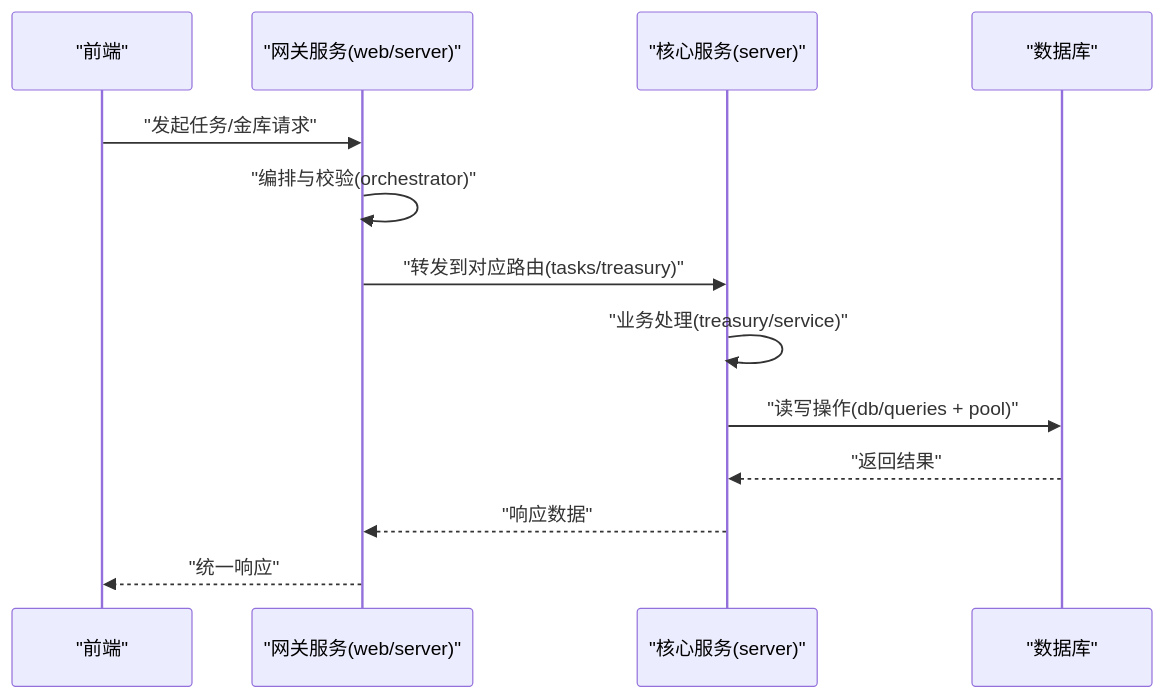
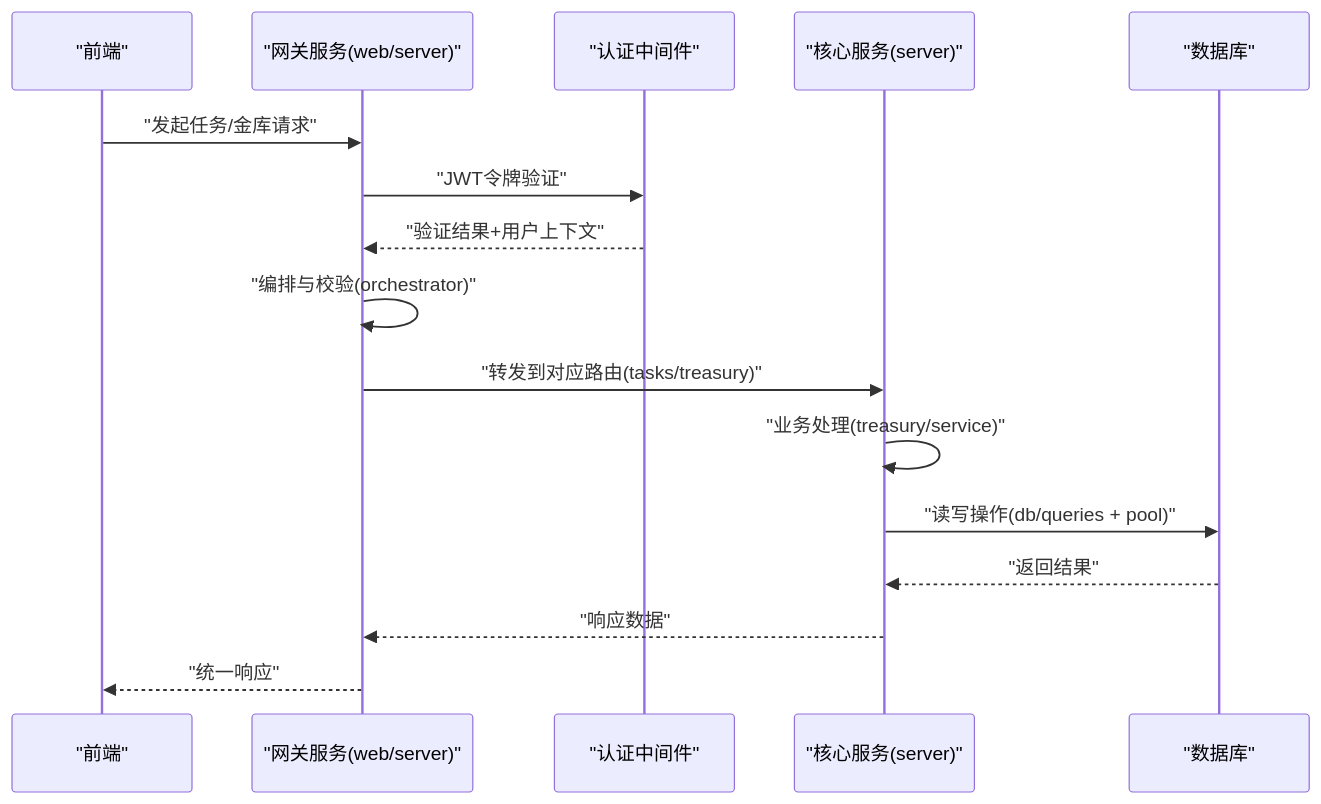
One commit to Maki3991/study-PactLedger changed the second of 10 diagrams in .qoder/repowiki/zh/content/核心组件/双服务器架构.md. Above: the diagram before and after it, drawn with Mermaid. The commit also changed other lines of this file and 15 other files, not shown here.

````diff
--- a/.qoder/repowiki/zh/content/核心组件/双服务器架构.md
+++ b/.qoder/repowiki/zh/content/核心组件/双服务器架构.md
@@ -187,15 +209,18 @@
 ```mermaid
 sequenceDiagram
 participant FE as "前端"
 participant GW as "网关服务(web/server)"
+participant AUTH as "认证中间件"
 participant CORE as "核心服务(server)"
 participant DB as "数据库"
 FE->>GW : "发起任务/金库请求"
+GW->>AUTH : "JWT令牌验证"
+AUTH-->>GW : "验证结果+用户上下文"
 GW->>GW : "编排与校验(orchestrator)"
 GW->>CORE : "转发到对应路由(tasks/treasury)"
 CORE->>CORE : "业务处理(treasury/service)"
 CORE->>DB : "读写操作(db/queries + pool)"
 DB-->>CORE : "返回结果"
 CORE-->>GW : "响应数据"
 GW-->>FE : "统一响应"
 ```
````
